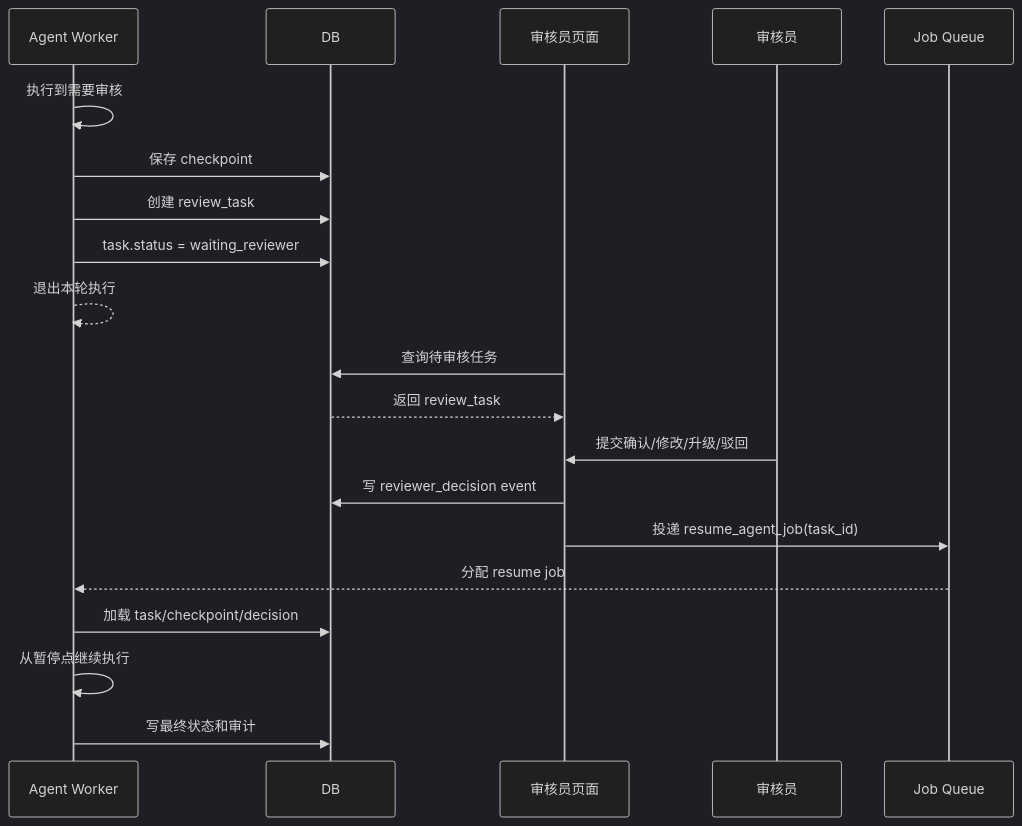
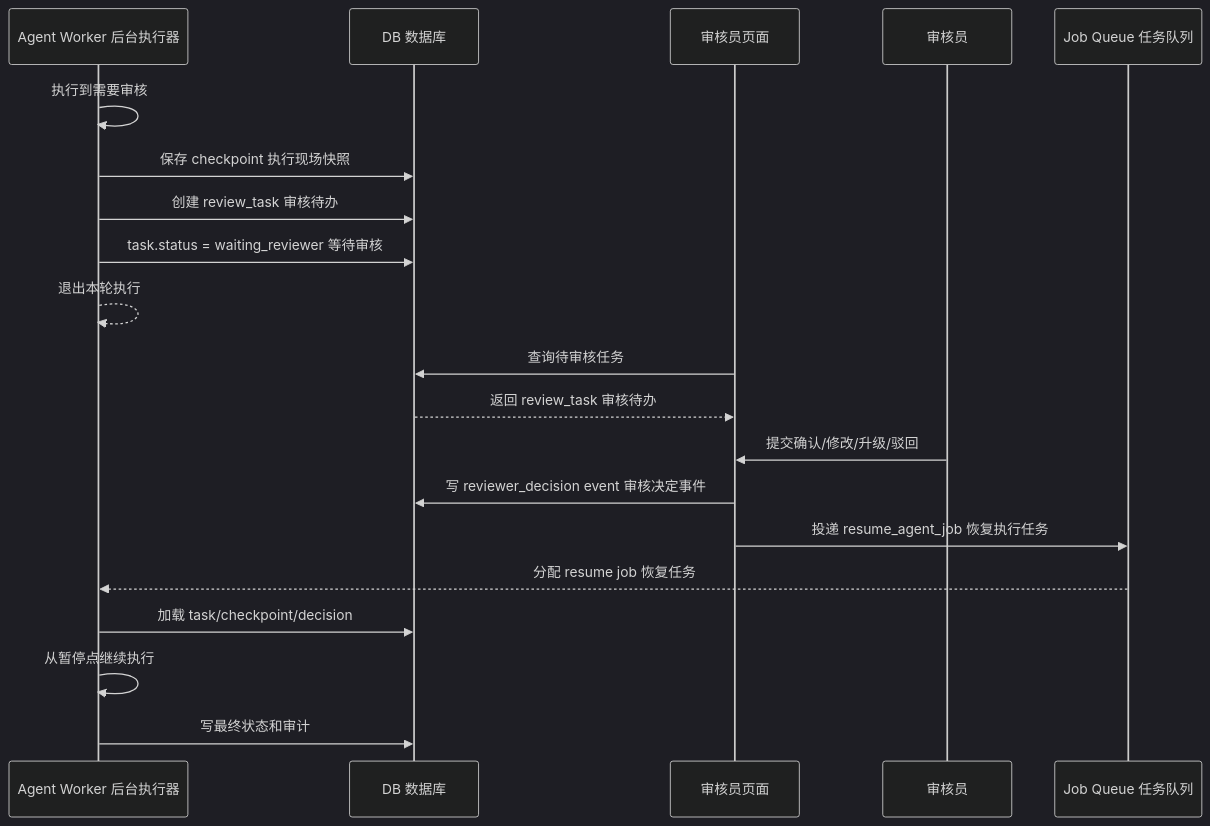
One commit to sealzrt/2026-08--agent changed diagram 12 of 13 in deepseek-harness-docs/15-local-vs-service-agent-landing.md. Above: the diagram before and after it, drawn with Mermaid (dark theme). The commit also changed other lines of this file and 1 other file, not shown here.

````diff
--- a/deepseek-harness-docs/15-local-vs-service-agent-landing.md
+++ b/deepseek-harness-docs/15-local-vs-service-agent-landing.md
@@ -617,25 +762,25 @@
 ```mermaid
 sequenceDiagram
-  participant W as Agent Worker
-  participant DB as DB
+  participant W as Agent Worker 后台执行器
+  participant DB as DB 数据库
   participant R as 审核员页面
   participant O as 审核员
-  participant Q as Job Queue
+  participant Q as Job Queue 任务队列
 
   W->>W: 执行到需要审核
-  W->>DB: 保存 checkpoint
-  W->>DB: 创建 review_task
-  W->>DB: task.status = waiting_reviewer
+  W->>DB: 保存 checkpoint 执行现场快照
+  W->>DB: 创建 review_task 审核待办
+  W->>DB: task.status = waiting_reviewer 等待审核
   W-->>W: 退出本轮执行
 
   R->>DB: 查询待审核任务
-  DB-->>R: 返回 review_task
+  DB-->>R: 返回 review_task 审核待办
   O->>R: 提交确认/修改/升级/驳回
-  R->>DB: 写 reviewer_decision event
-  R->>Q: 投递 resume_agent_job(task_id)
+  R->>DB: 写 reviewer_decision event 审核决定事件
+  R->>Q: 投递 resume_agent_job 恢复执行任务
 
-  Q-->>W: 分配 resume job
+  Q-->>W: 分配 resume job 恢复任务
   W->>DB: 加载 task/checkpoint/decision
   W->>W: 从暂停点继续执行
   W->>DB: 写最终状态和审计
 ```
````
